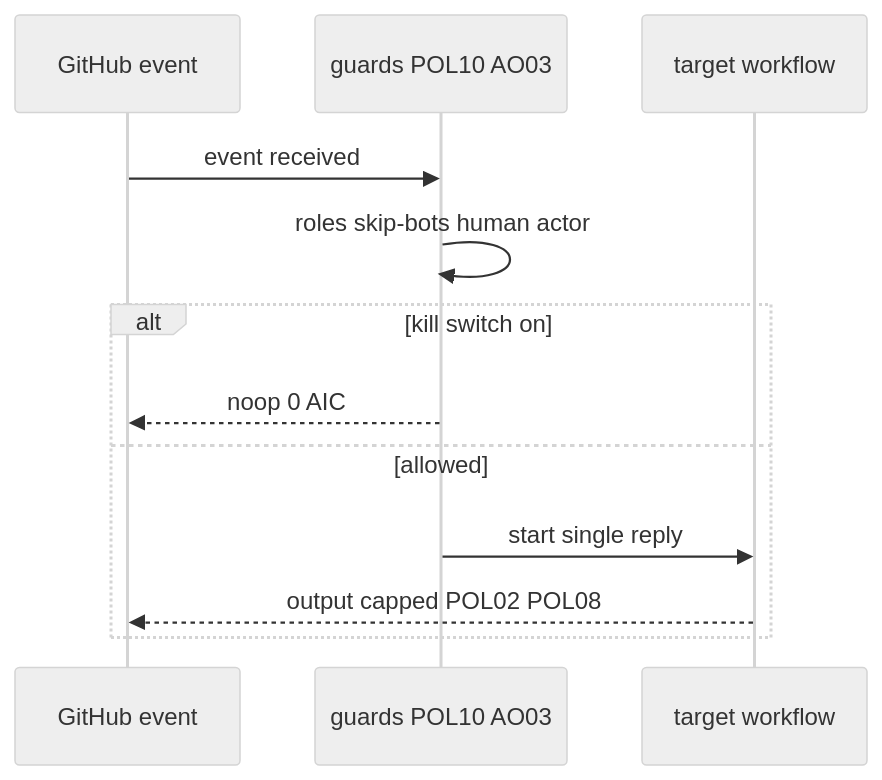
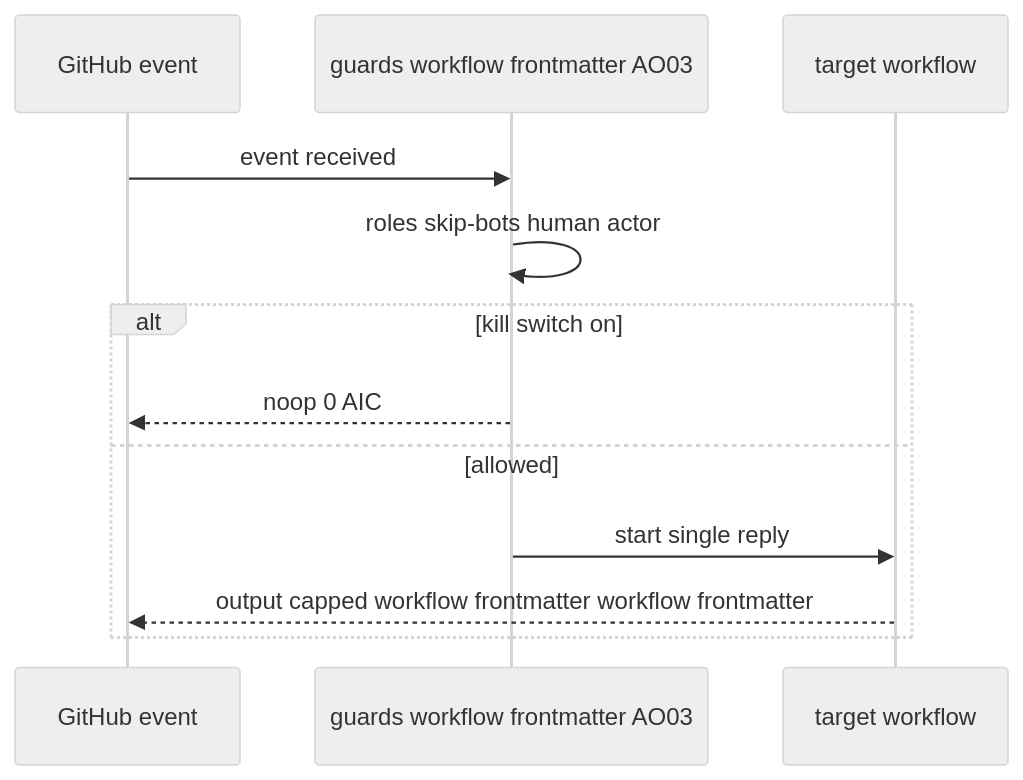
The third of 4 diagrams in docs/pbi/loops/LP02-event-map.md (svennijhuis/agentic-workflows), drawn with Mermaid (neutral theme) before and after one commit. The commit also changed other lines of this file and 986 other files, not shown here.

````diff
--- a/docs/pbi/loops/LP02-event-map.md
+++ b/docs/pbi/loops/LP02-event-map.md
@@ -130,14 +130,14 @@
 ```mermaid
 sequenceDiagram
   participant GH as GitHub event
-  participant G as guards POL10 AO03
+  participant G as guards workflow frontmatter AO03
   participant WF as target workflow
   GH->>G: event received
   G->>G: roles skip-bots human actor
   alt kill switch on
     G-->>GH: noop 0 AIC
   else allowed
     G->>WF: start single reply
-    WF-->>GH: output capped POL02 POL08
+    WF-->>GH: output capped workflow frontmatter workflow frontmatter
   end
 ```
````
